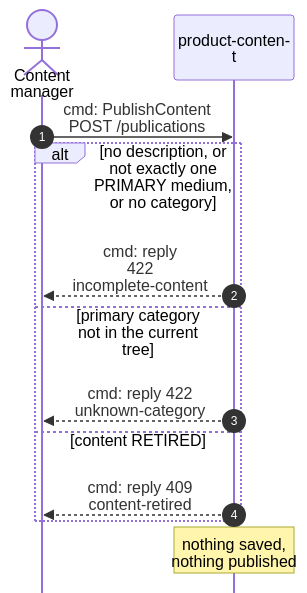
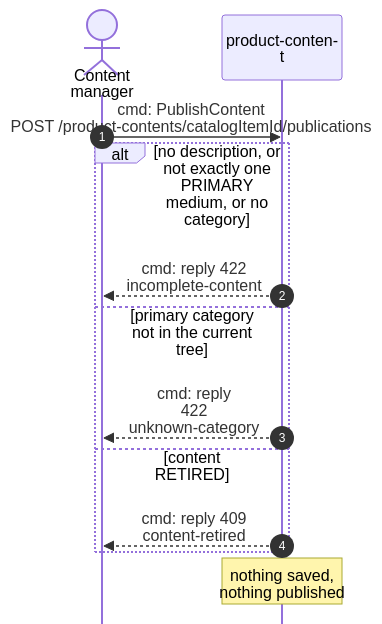
The second of 5 diagrams in storefront/docs/contexts/product-content/domain-message-flow.md (IQVO/warehouse-docs), drawn with Mermaid before and after one commit. The commit also changed 8 other files, not shown here.

````diff
--- a/storefront/docs/contexts/product-content/domain-message-flow.md
+++ b/storefront/docs/contexts/product-content/domain-message-flow.md
@@ -56,16 +56,16 @@
 ```mermaid
 %%{init: {"sequence": {"wrap": true, "width": 120, "actorMargin": 24, "messageMargin": 28, "boxMargin": 6, "noteMargin": 6, "mirrorActors": false}}}%%
 sequenceDiagram
     autonumber
     actor CM as Content manager
     participant PC as product-content
-    CM->>PC: cmd: PublishContent<br/>POST /publications
+    CM->>PC: cmd: PublishContent<br/>POST /product-contents/catalogItemId/publications
     alt no description, or not exactly one PRIMARY medium, or no category
         PC-->>CM: cmd: reply 422<br/>incomplete-content
     else primary category not in the current tree
         PC-->>CM: cmd: reply 422<br/>unknown-category
     else content RETIRED
         PC-->>CM: cmd: reply 409<br/>content-retired
     end
     Note over PC: nothing saved,<br/>nothing published
 ```
````
